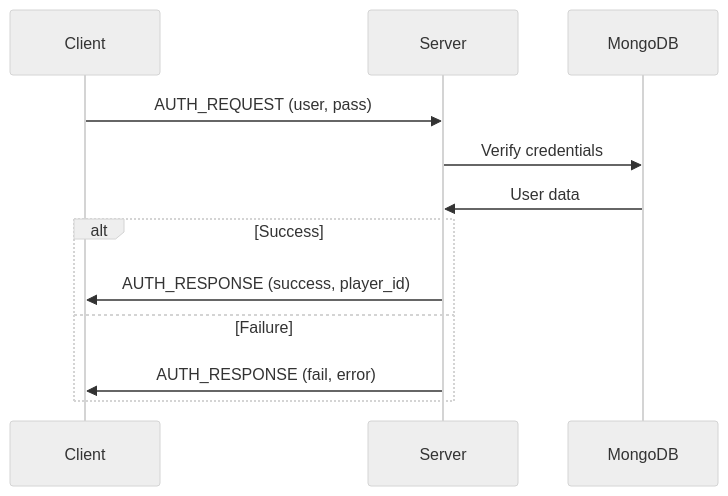
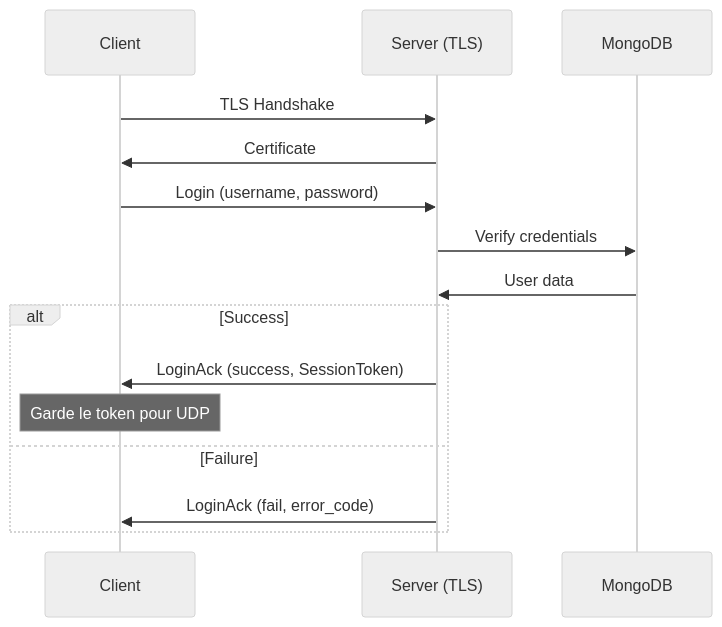
The first of 2 diagrams in docs/technique/reseau/tcp.md (ChrisG-L/rtype), drawn with Mermaid (neutral theme) before and after one commit. The commit also changed other lines of this file and 29 other files, not shown here.

````diff
--- a/docs/technique/reseau/tcp.md
+++ b/docs/technique/reseau/tcp.md
@@ -91,15 +145,18 @@
 ```mermaid
 sequenceDiagram
     participant C as Client
-    participant S as Server
+    participant S as Server (TLS)
     participant DB as MongoDB
 
-    C->>S: AUTH_REQUEST (user, pass)
+    C->>S: TLS Handshake
+    S->>C: Certificate
+    C->>S: Login (username, password)
     S->>DB: Verify credentials
     DB->>S: User data
     alt Success
-        S->>C: AUTH_RESPONSE (success, player_id)
+        S->>C: LoginAck (success, SessionToken)
+        Note over C: Garde le token pour UDP
     else Failure
-        S->>C: AUTH_RESPONSE (fail, error)
+        S->>C: LoginAck (fail, error_code)
     end
 ```
````
